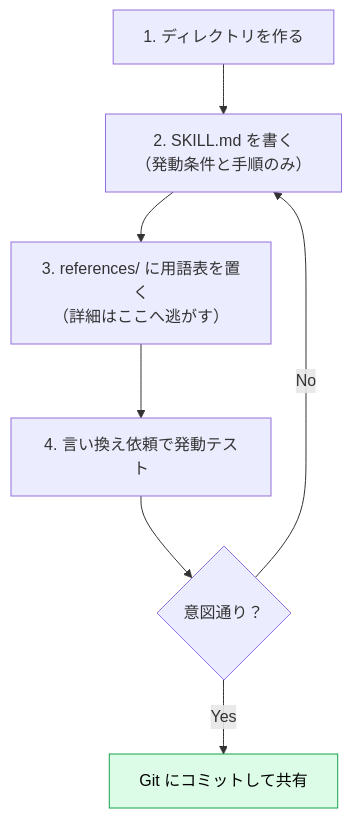
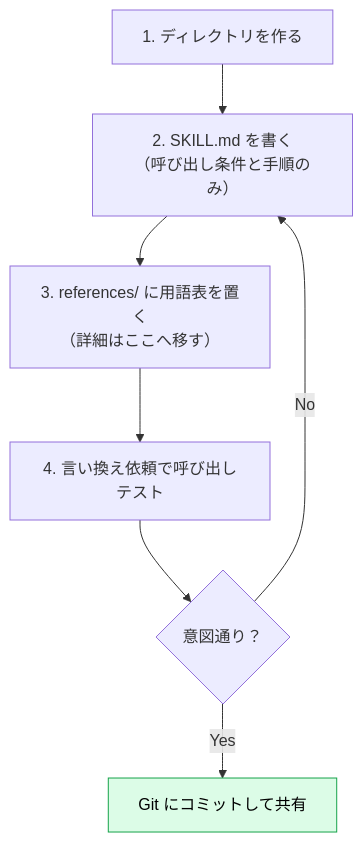
Before and after one commit to takuma39/ai: the diagram in contents/24_skills/03_practice-glossary.md, drawn with Mermaid. The commit also changed other lines of this file and 26 other files, not shown here.

First line of the commit message:
Add Mermaid configuration and skills guide PDF

````diff
--- a/contents/24_skills/03_practice-glossary.md
+++ b/contents/24_skills/03_practice-glossary.md
@@ -39,11 +39,11 @@
 ```mermaid
 flowchart TD
-    A["1. ディレクトリを作る"] --> B["2. SKILL.md を書く<br/>（発動条件と手順のみ）"]
-    B --> C["3. references/ に用語表を置く<br/>（詳細はここへ逃がす）"]
-    C --> D["4. 言い換え依頼で発動テスト"]
+    A["1. ディレクトリを作る"] --> B["2. SKILL.md を書く<br/>（呼び出し条件と手順のみ）"]
+    B --> C["3. references/ に用語表を置く<br/>（詳細はここへ移す）"]
+    C --> D["4. 言い換え依頼で呼び出しテスト"]
     D --> E{"意図通り？"}
     E -->|No| B
     E -->|Yes| F["Git にコミットして共有"]
 
     style F fill:#dcfce7,stroke:#16a34a,color:#000
 ```
````
